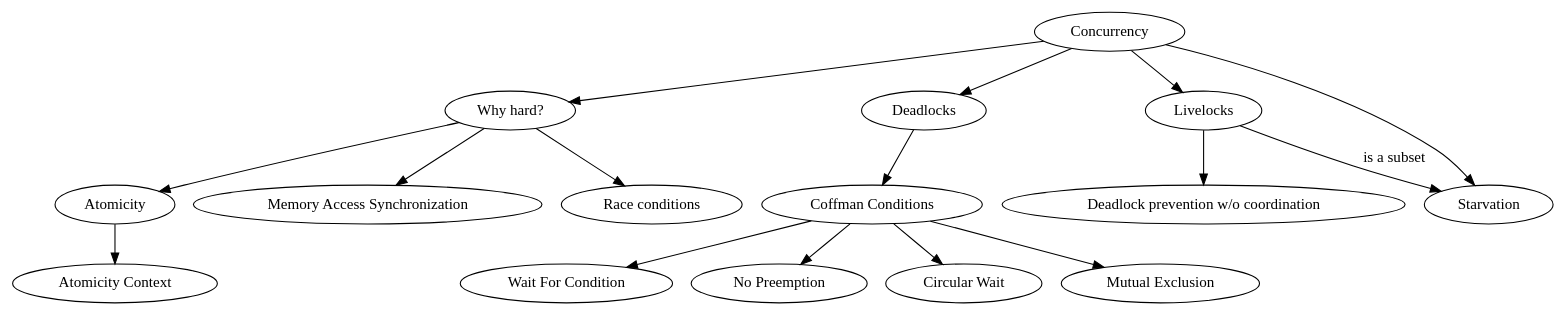
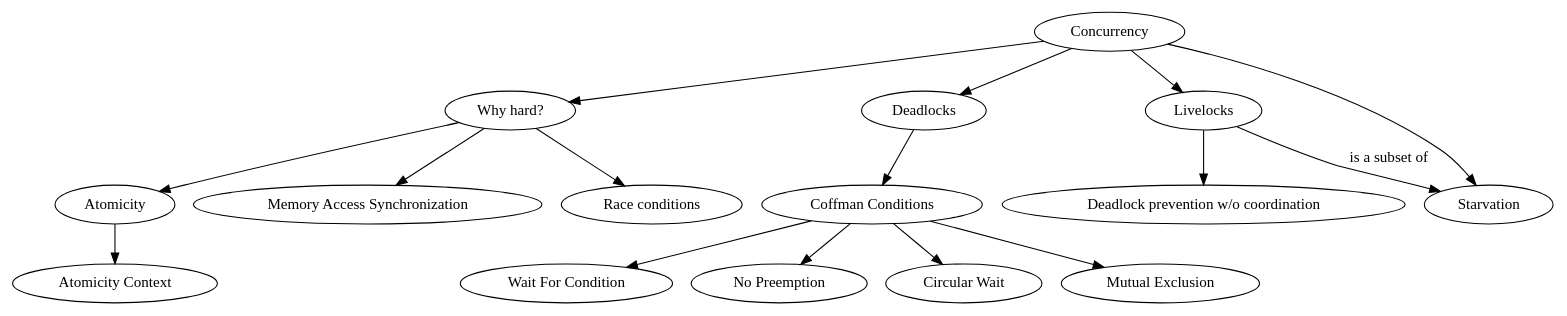
One commit to miku/cignotes changed the diagram in mch1.dot. Above: the diagram before and after it, drawn with Graphviz. The commit also changed 1 other file, not shown here.

```diff
--- a/mch1.dot
+++ b/mch1.dot
@@ -1,38 +1,38 @@
 digraph cig {
     "concurrency" [label="Concurrency"];
     "whyhard" [label="Why hard?"];
     "racecond" [label="Race conditions"];
     "atomicity" [label="Atomicity"];
     "memsync" [label="Memory Access Synchronization"];
     "atomicity-context" [label="Atomicity Context"];
 
     "deadlocks" [label="Deadlocks"];
     "livelocks" [label="Livelocks"];
     "starvation" [label="Starvation"];
 
     "coffman" [label="Coffman Conditions"];
     "mutex" [label="Mutual Exclusion"];
     "waitfor" [label="Wait For Condition"];
     "nopreempt" [label="No Preemption"];
     "circwait" [label="Circular Wait"];
     "nocoord" [label="Deadlock prevention w/o coordination"];
 
     "concurrency" -> "whyhard";
     "whyhard" -> "racecond";
     "whyhard" -> "atomicity";
     "atomicity" -> "atomicity-context";
     "whyhard" -> "memsync";
 
     "concurrency" -> "deadlocks";
     "concurrency" -> "livelocks";
     "concurrency" -> "starvation";
 
     "livelocks" -> "nocoord";
-    "livelocks" -> "starvation" [label="is a subset"];
+    "livelocks" -> "starvation" [label="is a subset of"];
 
     "deadlocks" -> "coffman";
     "coffman" -> "mutex";
     "coffman" -> "waitfor";
     "coffman" -> "nopreempt";
     "coffman" -> "circwait";
 }
```
